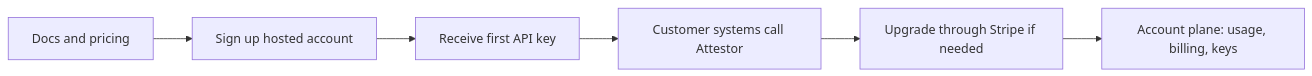
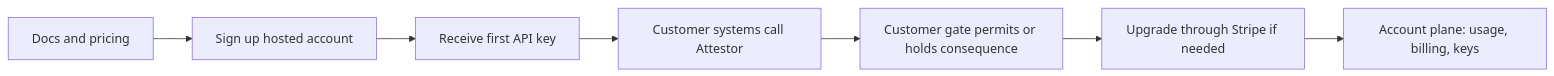
One commit to 0xlamarr-labs/attestor changed the diagram in docs/01-overview/hosted-customer-journey.md. Above: the diagram before and after it, drawn with Mermaid. The commit also changed other lines of this file and 5 other files, not shown here.

Commit message:
Connect hosted first call to customer gate

````diff
--- a/docs/01-overview/hosted-customer-journey.md
+++ b/docs/01-overview/hosted-customer-journey.md
@@ -46,8 +47,9 @@
 ```mermaid
 flowchart LR
   D["Docs and pricing"] --> S["Sign up hosted account"]
   S --> K["Receive first API key"]
   K --> C["Customer systems call Attestor"]
-  C --> U["Upgrade through Stripe if needed"]
+  C --> G["Customer gate permits or holds consequence"]
+  G --> U["Upgrade through Stripe if needed"]
   U --> A["Account plane: usage, billing, keys"]
 ```
````
